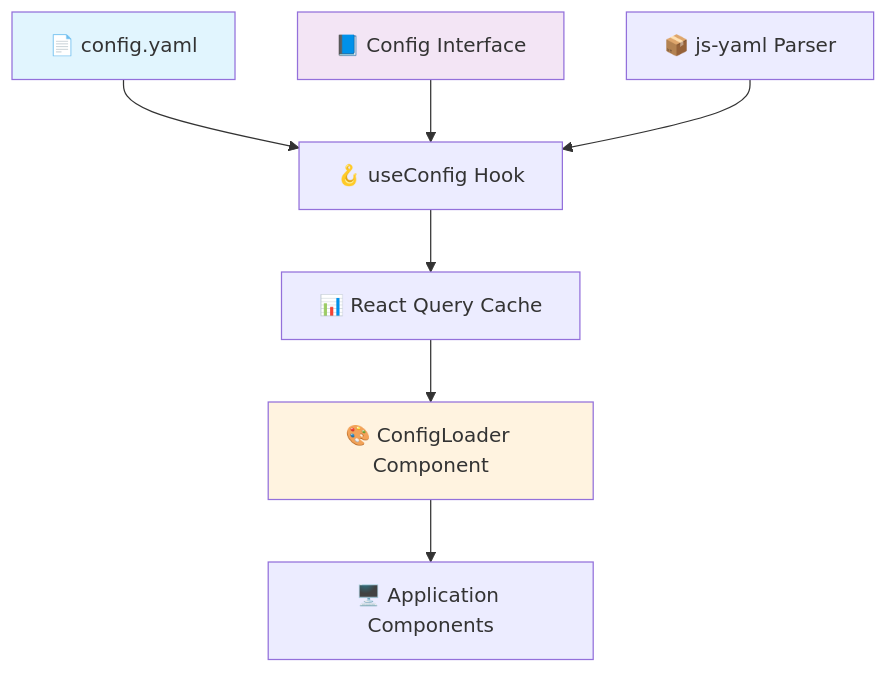
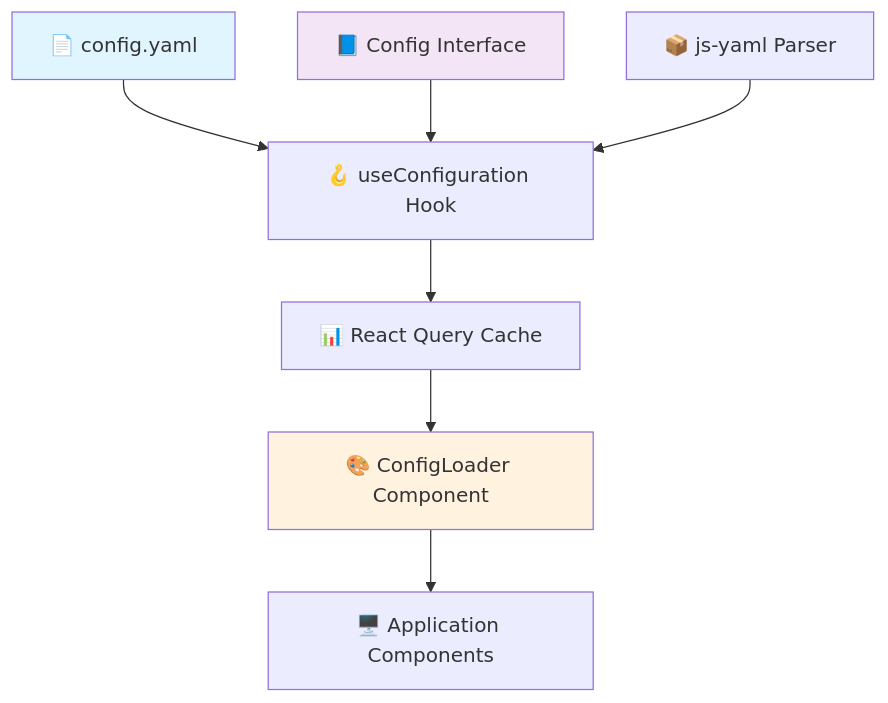
The first of 3 diagrams in src/docs/pages/core/configuration.md (RoyAtUneeQ/kiosk-sama), drawn with Mermaid before and after one commit. The commit also changed other lines of this file and 162 other files, not shown here.

````diff
--- a/src/docs/pages/core/configuration.md
+++ b/src/docs/pages/core/configuration.md
@@ -19,14 +19,14 @@
 ```mermaid
 graph TB
-    A[📄 config.yaml] --> B[🪝 useConfig Hook]
+    A[📄 config.yaml] --> B[🪝 useConfiguration Hook]
     B --> C[📊 React Query Cache]
     C --> D[🎨 ConfigLoader Component]
     D --> E[🖥️ Application Components]
     
     F[📘 Config Interface] --> B
     G[📦 js-yaml Parser] --> B
     
     style A fill:#e1f5fe
     style D fill:#fff3e0
     style F fill:#f3e5f5
 ```
````
